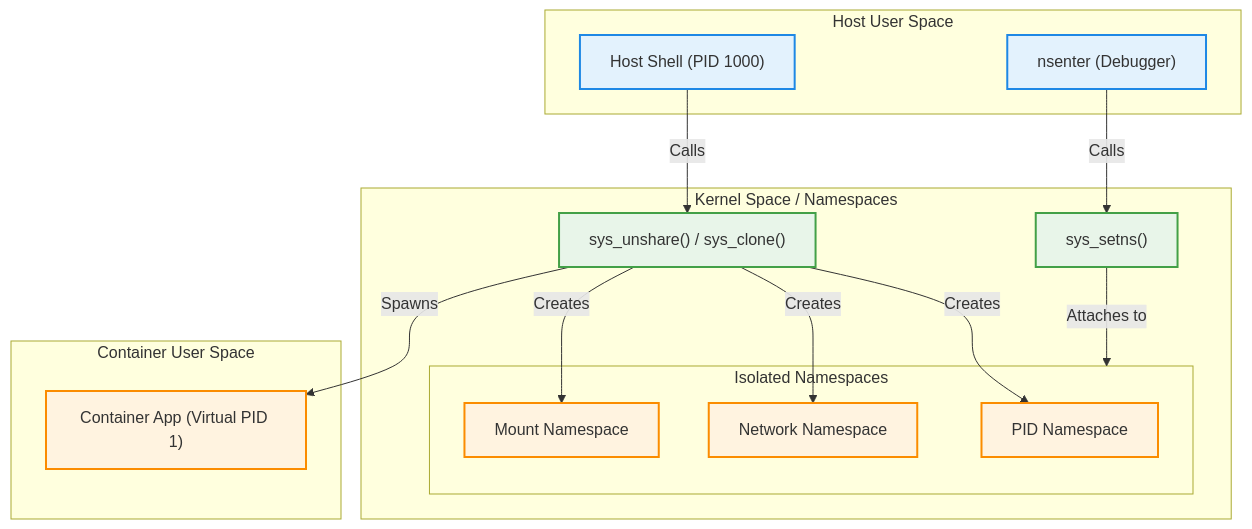
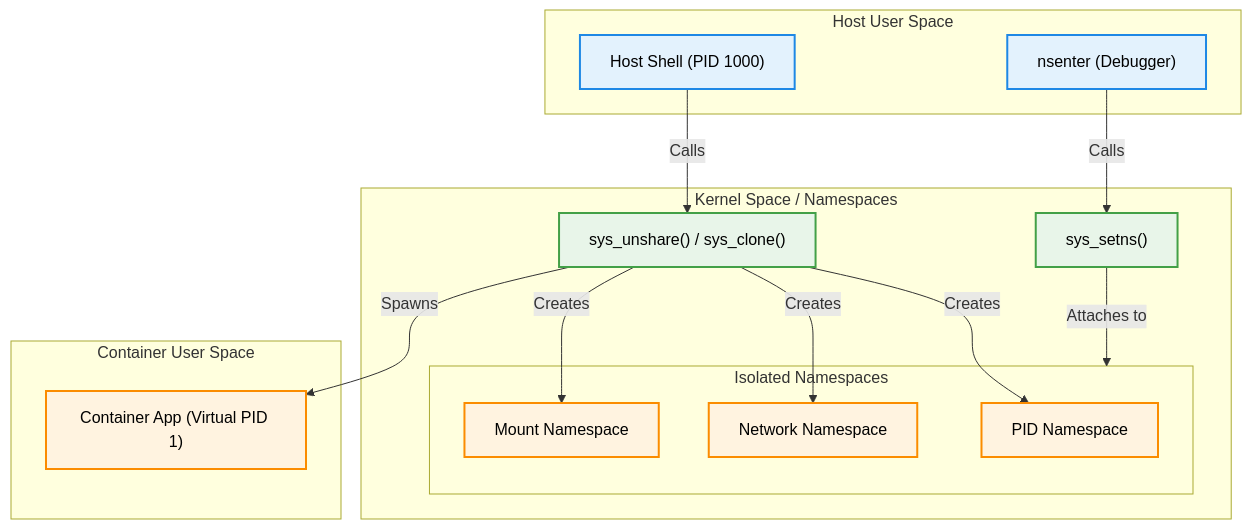
The diagram in courses/platform-engineering/modules/module-03/lesson-07.md (aloysiuspattath/platform-engineering-ai-course), drawn with Mermaid before and after one commit. The commit also changed 53 other files, not shown here.

Commit message:
fix: enforce high-contrast black text on mermaid diagram fills for dark mode readability

````diff
--- a/courses/platform-engineering/modules/module-03/lesson-07.md
+++ b/courses/platform-engineering/modules/module-03/lesson-07.md
@@ -92,33 +92,33 @@
 ```mermaid
 flowchart TD
-    classDef userSpace fill:#e3f2fd,stroke:#1e88e5,stroke-width:2px;
-    classDef kernelSpace fill:#e8f5e9,stroke:#43a047,stroke-width:2px;
-    classDef container fill:#fff3e0,stroke:#fb8c00,stroke-width:2px;
+    classDef userSpace fill:#e3f2fd,stroke:#1e88e5,stroke-width:2px,color:#000000;
+    classDef kernelSpace fill:#e8f5e9,stroke:#43a047,stroke-width:2px,color:#000000;
+    classDef container fill:#fff3e0,stroke:#fb8c00,stroke-width:2px,color:#000000;
 
     subgraph HostEnv [Host User Space]
         HOST_BASH["Host Shell (PID 1000)"]:::userSpace
         NSENTER["nsenter (Debugger)"]:::userSpace
     end
 
     subgraph KernelNS [Kernel Space / Namespaces]
         CLONE["sys_unshare() / sys_clone()"]:::kernelSpace
         SETNS["sys_setns()"]:::kernelSpace
         
         subgraph ContainerNS [Isolated Namespaces]
             PID_NS["PID Namespace"]:::container
             NET_NS["Network Namespace"]:::container
             MNT_NS["Mount Namespace"]:::container
         end
     end
 
     subgraph ContainerSpace [Container User Space]
         CONT_APP["Container App (Virtual PID 1)"]:::container
     end
 
     HOST_BASH -->|Calls| CLONE
     CLONE -->|Creates| PID_NS & NET_NS & MNT_NS
     CLONE -->|Spawns| CONT_APP
     
     NSENTER -->|Calls| SETNS
     SETNS -->|Attaches to| ContainerNS
 ```
````
